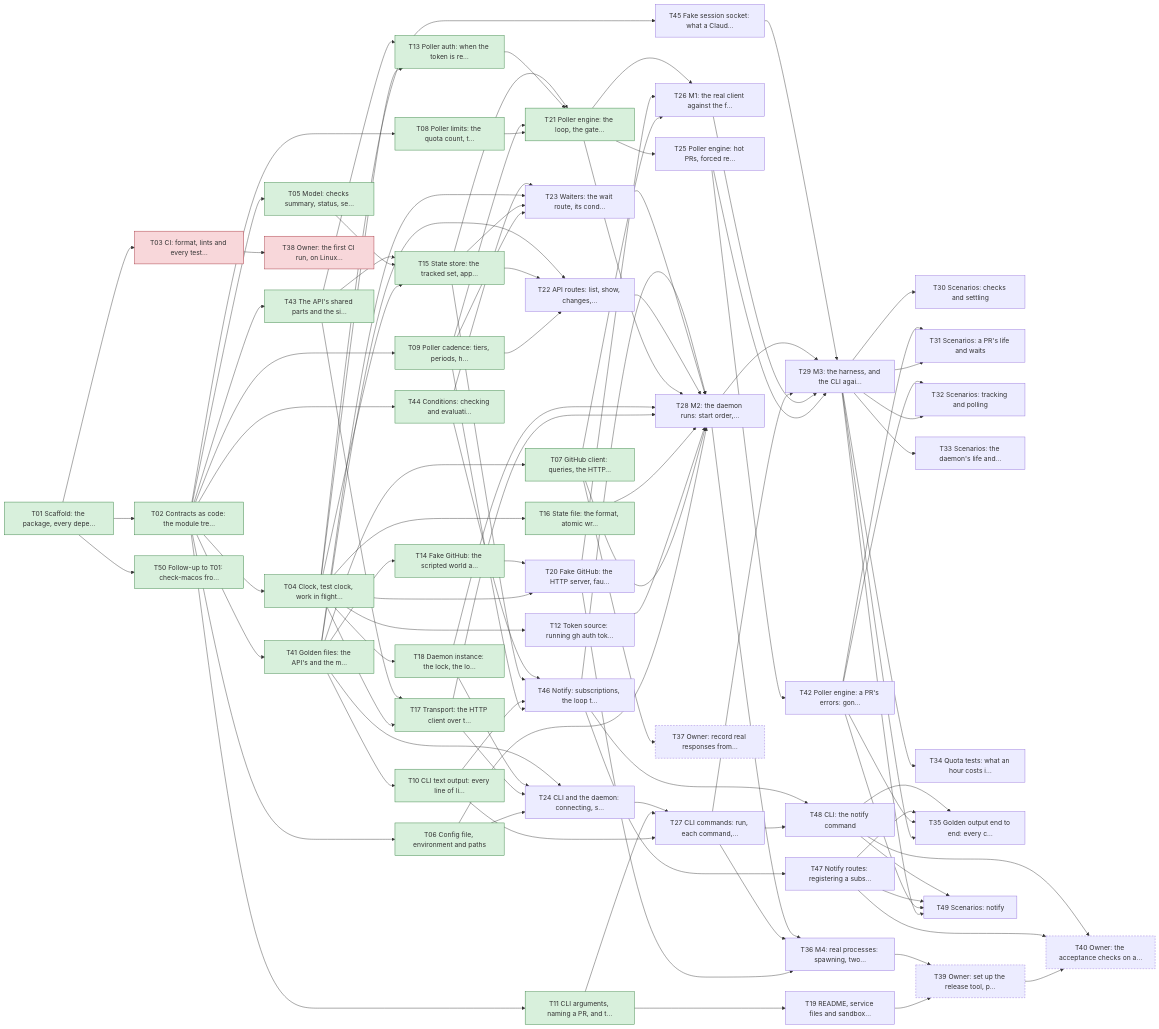
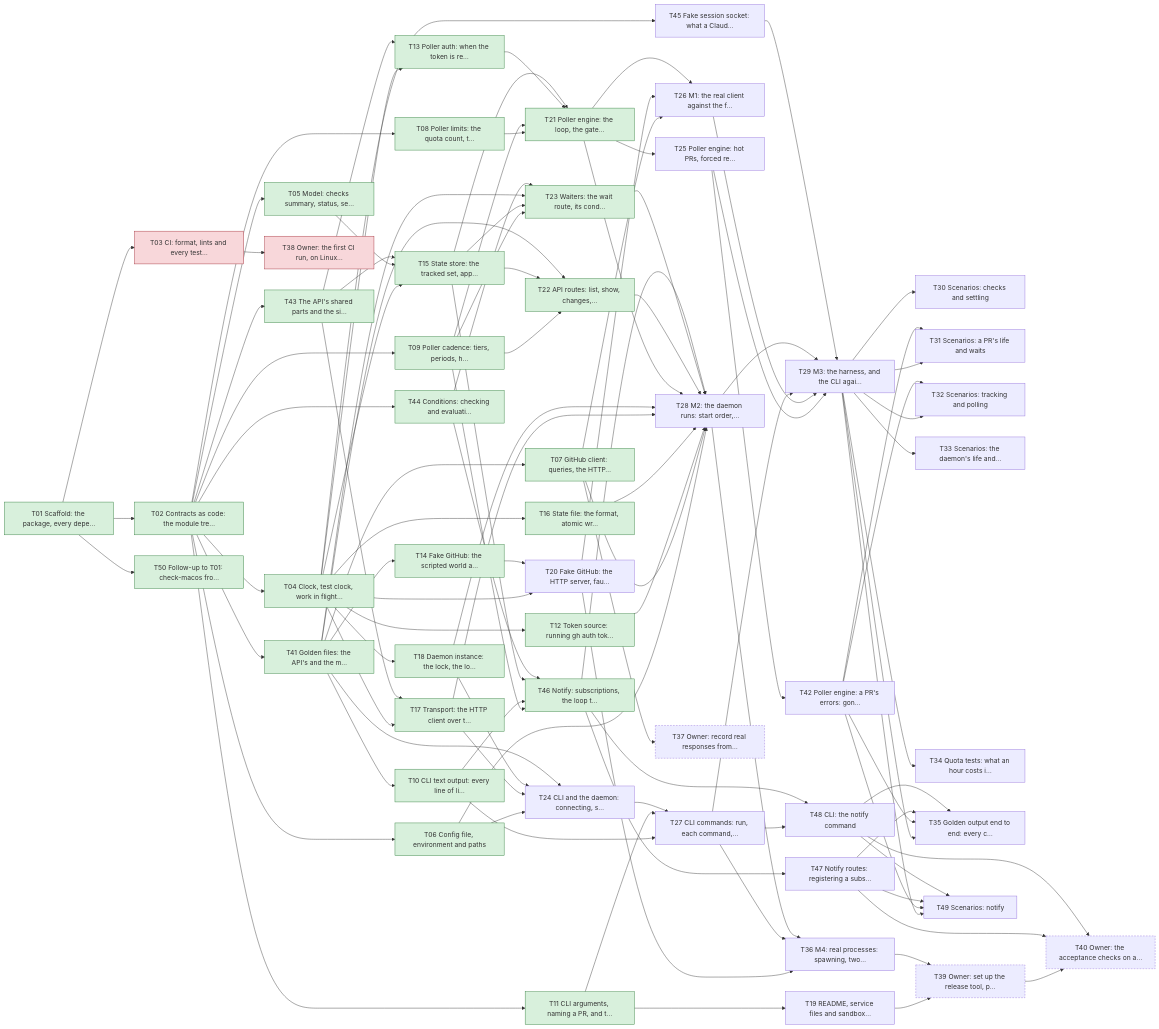
Before and after one commit to yachiko/circitor: the diagram in plan/README.md, drawn with Mermaid. The commit also changed other lines of this file and 8 other files, not shown here.

```diff
--- a/plan/README.md
+++ b/plan/README.md
@@ -148,7 +148,7 @@
   T09["T09 Poller cadence: tiers, periods, h…"]:::done
   T10["T10 CLI text output: every line of li…"]:::done
   T11["T11 CLI arguments, naming a PR, and t…"]:::done
-  T12["T12 Token source: running gh auth tok…"]
+  T12["T12 Token source: running gh auth tok…"]:::done
   T13["T13 Poller auth: when the token is re…"]:::done
   T14["T14 Fake GitHub: the scripted world a…"]:::done
   T15["T15 State store: the tracked set, app…"]:::done
@@ -158,8 +158,8 @@
   T19["T19 README, service files and sandbox…"]
   T20["T20 Fake GitHub: the HTTP server, fau…"]
   T21["T21 Poller engine: the loop, the gate…"]:::done
-  T22["T22 API routes: list, show, changes,…"]
-  T23["T23 Waiters: the wait route, its cond…"]
+  T22["T22 API routes: list, show, changes,…"]:::done
+  T23["T23 Waiters: the wait route, its cond…"]:::done
   T24["T24 CLI and the daemon: connecting, s…"]
   T25["T25 Poller engine: hot PRs, forced re…"]
   T26["T26 M1: the real client against the f…"]
@@ -182,7 +182,7 @@
   T43["T43 The API's shared parts and the si…"]:::done
   T44["T44 Conditions: checking and evaluati…"]:::done
   T45["T45 Fake session socket: what a Claud…"]
-  T46["T46 Notify: subscriptions, the loop t…"]
+  T46["T46 Notify: subscriptions, the loop t…"]:::done
   T47["T47 Notify routes: registering a subs…"]
   T48["T48 CLI: the notify command"]
   T49["T49 Scenarios: notify"]
```
